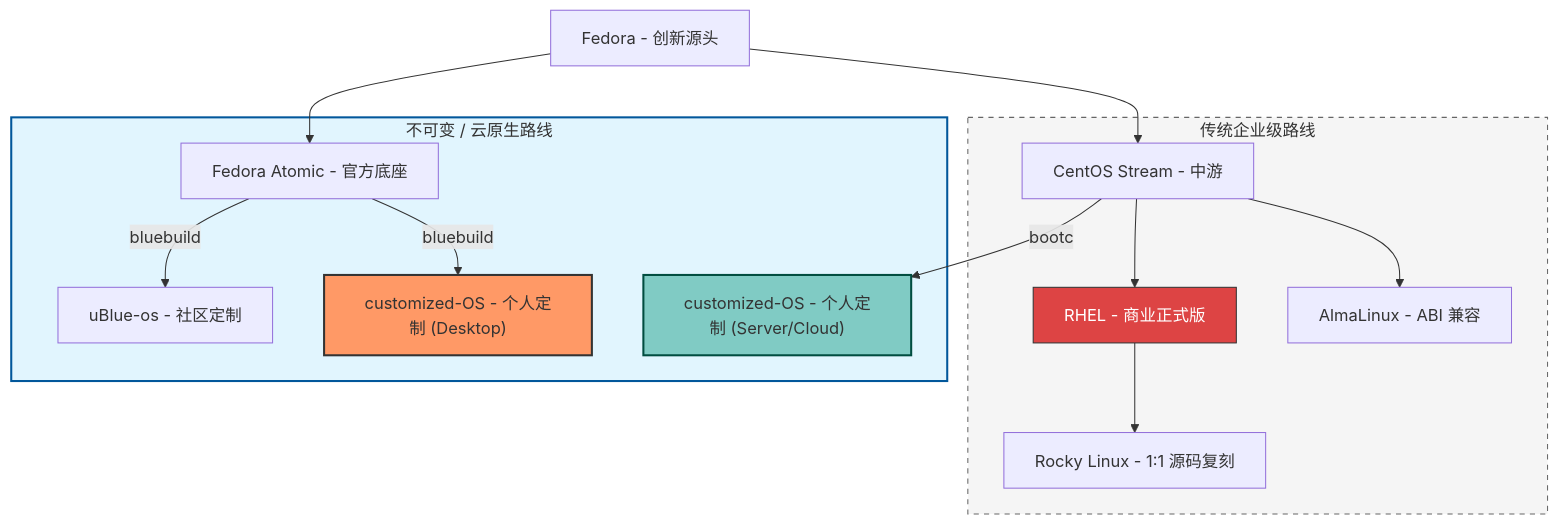
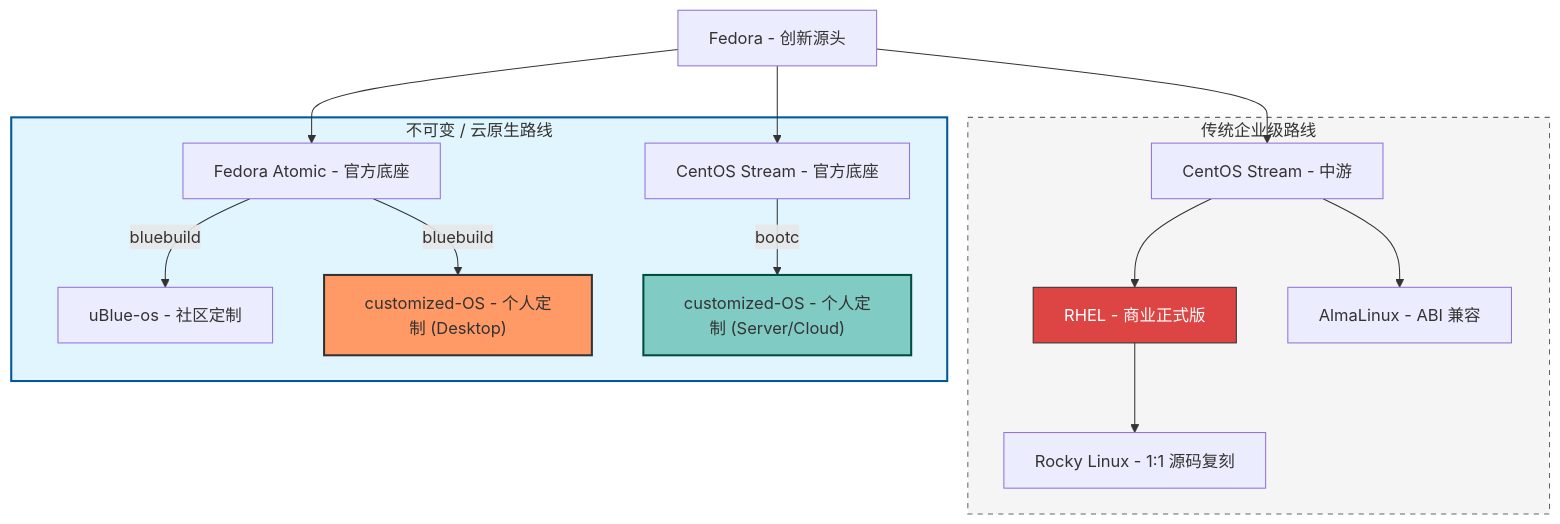
One commit to EdwardWoodhub/my-plasma-lts changed the diagram in 000Intro_CS10.md. Above: the diagram before and after it, drawn with Mermaid.

Commit message:
Add CentOS Stream to Atomic route diagram

````diff
--- a/000Intro_CS10.md
+++ b/000Intro_CS10.md
@@ -4,40 +4,42 @@
 ```mermaid
 graph TD
     %% 定义顶级源头
     A["Fedora - 创新源头"]
 
     %% 传统企业级路线框
     subgraph Traditional ["传统企业级路线"]
         B["CentOS Stream - 中游"]
         C["RHEL - 商业正式版"]
         D["AlmaLinux - ABI 兼容"]
         E["Rocky Linux - 1:1 源码复刻"]
         
         B --> C
         B --> D
         C --> E
     end
 
     %% 不可变路线框
     subgraph Atomic ["不可变 / 云原生路线"]
         F["Fedora Atomic - 官方底座"]
+        J["CentOS Stream - 官方底座"]
         G["uBlue-os - 社区定制"]
         H["customized-OS - 个人定制 (Desktop)"]
         I["customized-OS - 个人定制 (Server/Cloud)"]
         
         F -- bluebuild --> G
         F -- bluebuild --> H
     end
 
     %% 建立顶级连接与 bootc 定制分支
     A --> B
+    A --> J
     A --> F
-    B -- bootc --> I
+    J -- bootc --> I
 
     %% 样式美化（可选，增加区分度）
     style Traditional fill:#f5f5f5,stroke:#666,stroke-dasharray: 5 5
     style Atomic fill:#e1f5fe,stroke:#01579b,stroke-width:2px
     style H fill:#f96,stroke:#333,stroke-width:2px
     style I fill:#80cbc4,stroke:#004d40,stroke-width:2px
     style C fill:#d44,stroke:#333,color:#fff
 ```
````
